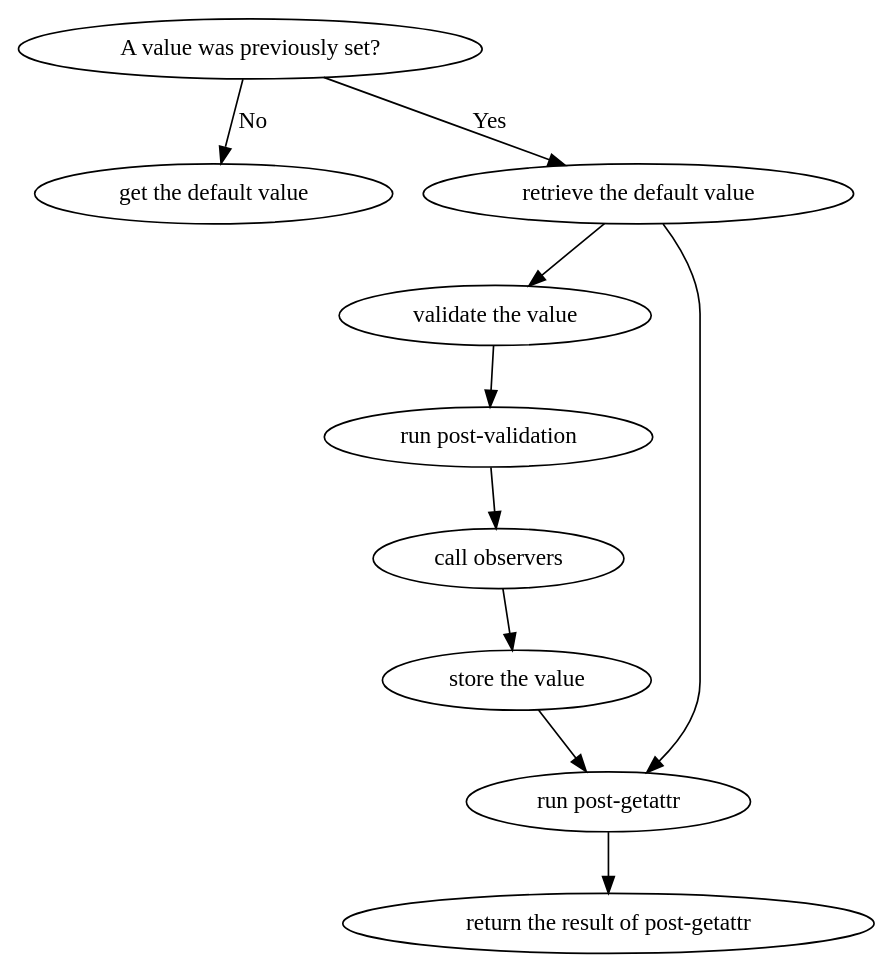
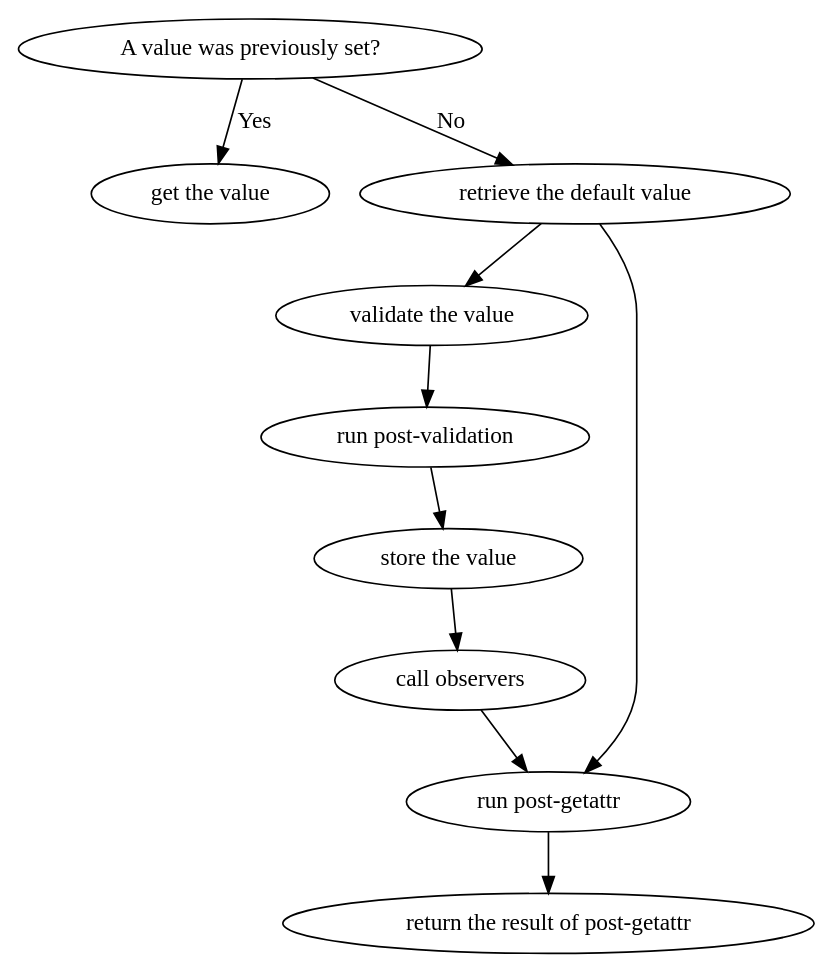
Before and after one commit to nucleic/atom: the first of 2 diagrams in docs/source/basis/members.rst, drawn with Graphviz. The commit also changed other lines of this file and 1 other file, not shown here.

Commit message:
[DOC] Small code and spelling fixes  (#120)
* Update basis.rst

Fix bug in documentation, small spelling fixes.

* Update members.rst

Fix flowgrah

* Update members.rst

Fix signal code

* Update members.rst

Review changes

```diff
--- a/docs/source/basis/members.rst
+++ b/docs/source/basis/members.rst
@@ -67,20 +67,20 @@
 .. digraph:: getattr
 
     a [label="A value was previously set?"];
-    a->b[label="No"];
-    a->c[label="Yes"];
-    b[label="get the default value"];
+    a->b[label="Yes"];
+    a->c[label="No"];
+    b[label="get the value"];
     c[label="retrieve the default value"];
     c->d;
     d[label="validate the value"];
     d->e;
     e[label="run post-validation"];
     e->f;
-    f[label="call observers"];
-    f->g;
-    g[label="store the value"];
+    f[label="store the value"];
+    f->g;    
+    g[label="call observers"];
     g->i;
     c->i;
     i[label="run post-getattr"];
     i->j;
     j[label="return the result of post-getattr" ];
```
